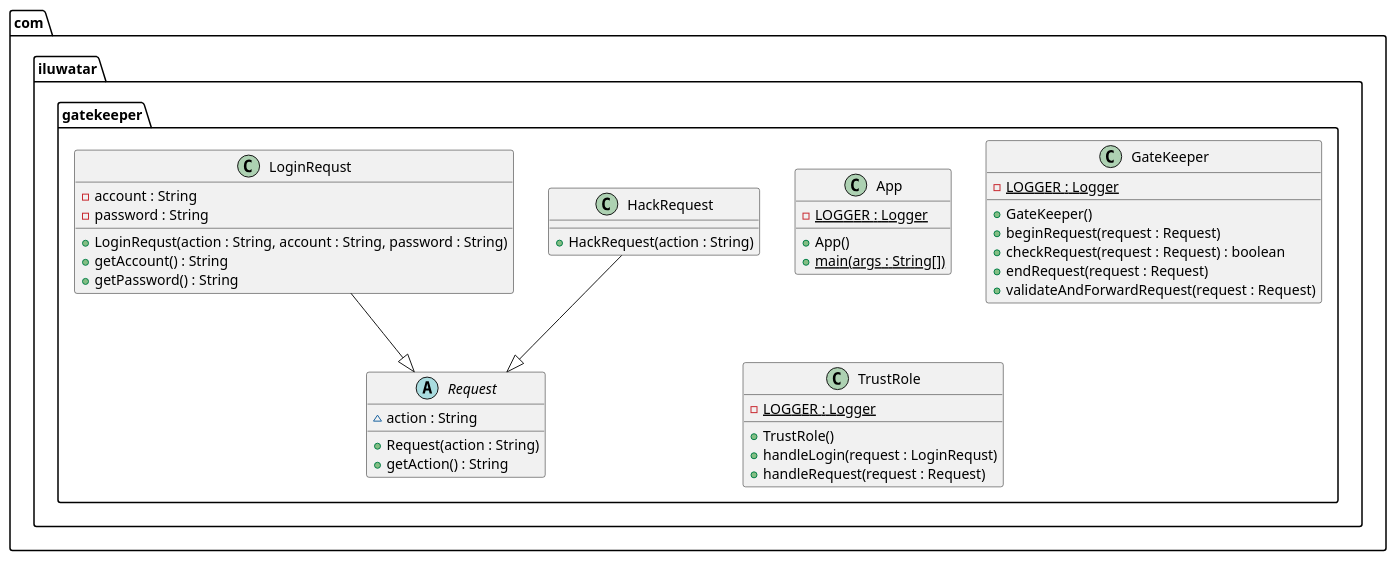
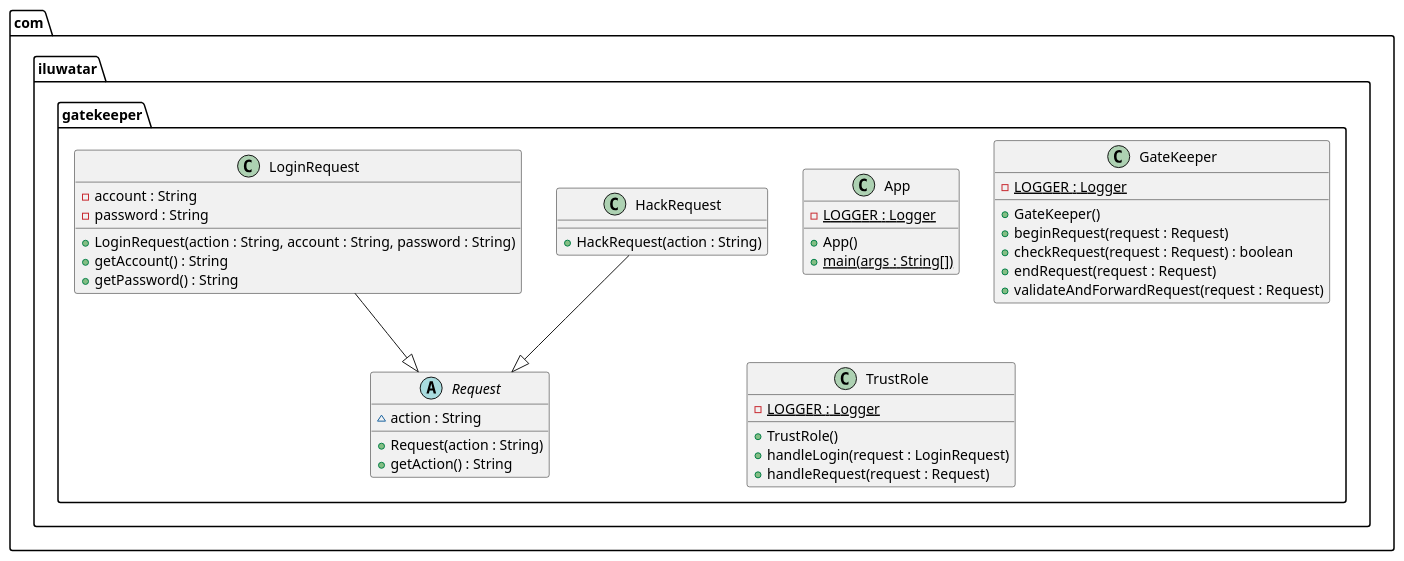
One commit to iluwatar/java-design-patterns changed the diagram in gate-keeper/etc/gate-Keeper.urm.puml. Above: the diagram before and after it, drawn with PlantUML. The commit also changed 6 other files, not shown here.

```diff
--- a/gate-keeper/etc/gate-Keeper.urm.puml
+++ b/gate-keeper/etc/gate-Keeper.urm.puml
@@ -1,40 +1,40 @@
 @startuml
 package com.iluwatar.gatekeeper {
   class App {
     - LOGGER : Logger {static}
     + App()
     + main(args : String[]) {static}
   }
   class GateKeeper {
     - LOGGER : Logger {static}
     + GateKeeper()
     + beginRequest(request : Request)
     + checkRequest(request : Request) : boolean
     + endRequest(request : Request)
     + validateAndForwardRequest(request : Request)
   }
   class HackRequest {
     + HackRequest(action : String)
   }
-  class LoginRequst {
+  class LoginRequest {
     - account : String
     - password : String
-    + LoginRequst(action : String, account : String, password : String)
+    + LoginRequest(action : String, account : String, password : String)
     + getAccount() : String
     + getPassword() : String
   }
   abstract class Request {
     ~ action : String
     + Request(action : String)
     + getAction() : String
   }
   class TrustRole {
     - LOGGER : Logger {static}
     + TrustRole()
-    + handleLogin(request : LoginRequst)
+    + handleLogin(request : LoginRequest)
     + handleRequest(request : Request)
   }
 }
 HackRequest --|> Request 
-LoginRequst --|> Request 
+LoginRequest --|> Request 
 @enduml
```
